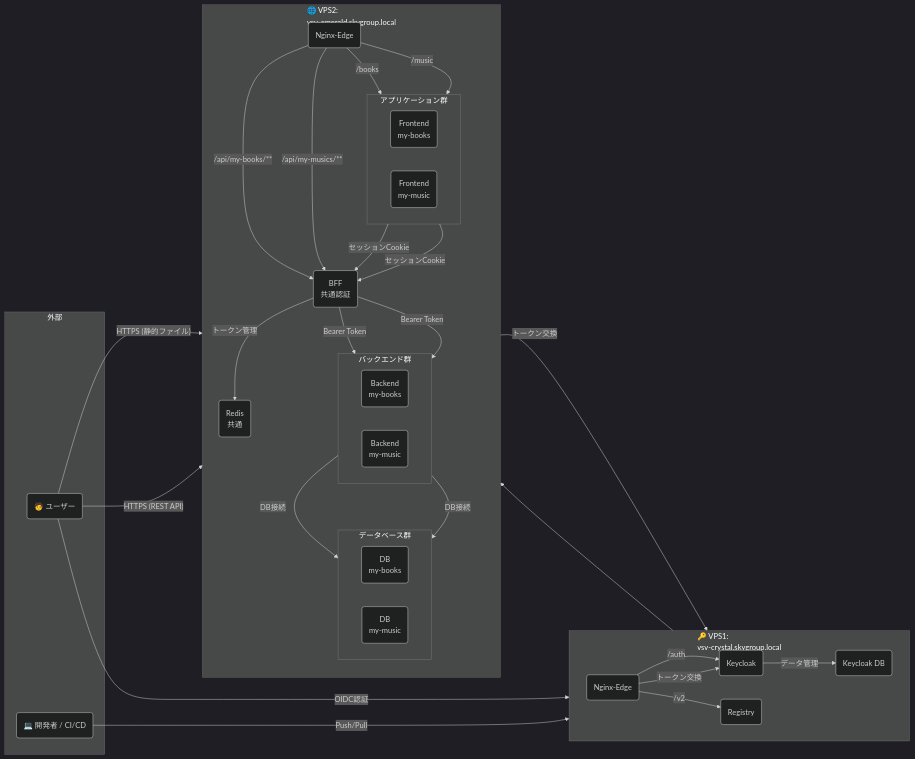
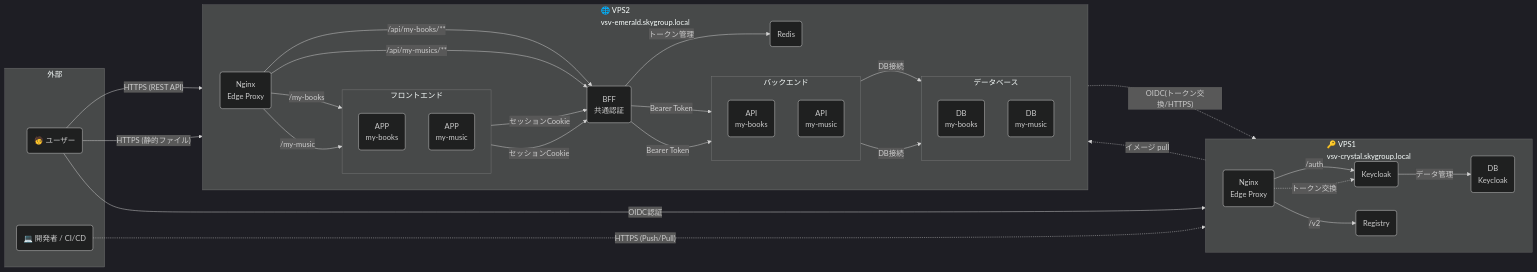
The second of 5 diagrams in system-architecture-overview-vps2.md (Ndia-R/api-gateway-bff), drawn with Mermaid (dark theme) before and after one commit. The commit also changed other lines of this file and 59 other files, not shown here.

First line of the commit message:
feat: Add unit and integration tests for API proxy and authentication services

````diff
--- a/system-architecture-overview-vps2.md
+++ b/system-architecture-overview-vps2.md
@@ -76,79 +81,79 @@
 ```mermaid
 graph LR
     subgraph External [外部]
         User(🧑 ユーザー)
         Developer(💻 開発者 / CI/CD)
     end
 
-    subgraph VPS1 [🔑 VPS1:<br/>vsv-crystal.skygroup.local]
+    subgraph VPS1 [🔑 VPS1<br>vsv-crystal.skygroup.local]
         direction LR
-        Nginx_Crystal_Multi(Nginx-Edge)
-        Keycloak_Multi(Keycloak)
-        Keycloak_DB_Multi(Keycloak DB)
-        Registry_Multi(Registry)
+        Nginx_VPS1(Nginx<br>Edge Proxy)
+        Keycloak(Keycloak)
+        Keycloak_DB(DB<br>Keycloak)
+        Registry(Registry)
     end
 
-    subgraph VPS2 [🌐 VPS2:<br/>vsv-emerald.skygroup.local]
-        direction TB
-        Nginx_Emerald_Multi(Nginx-Edge)
+    subgraph VPS2 [🌐 VPS2<br>vsv-emerald.skygroup.local]
+        direction LR
+        Nginx_VPS2(Nginx<br>Edge Proxy)
 
-        subgraph Apps [アプリケーション群]
-            direction LR
-            Frontend_Books(Frontend<br/>my-books)
-            Frontend_Music(Frontend<br/>my-music)
+        subgraph Apps [フロントエンド]
+            direction TB
+            APP_Books(APP<br>my-books)
+            APP_Music(APP<br>my-music)
         end
 
-        BFF(BFF<br/>共通認証)
-        Redis(Redis<br/>共通)
+        BFF(BFF<br>共通認証)
+        Redis(Redis)
 
-        subgraph Backends [バックエンド群]
-            direction LR
-            Backend_Books(Backend<br/>my-books)
-            Backend_Music(Backend<br/>my-music)
+        subgraph Apis [バックエンド]
+            direction TB
+            API_Books(API<br>my-books)
+            API_Music(API<br>my-music)
         end
 
-        subgraph Databases [データベース群]
-            direction LR
-            DB_Books(DB<br/>my-books)
-            DB_Music(DB<br/>my-music)
+        subgraph Databases [データベース]
+            direction TB
+            DB_Books(DB<br>my-books)
+            DB_Music(DB<br>my-music)
         end
     end
 
     %% ユーザーアクセス (VPS1へ - 認証)
-    User -- OIDC認証 --> Nginx_Crystal_Multi
-    Nginx_Crystal_Multi -- /auth --> Keycloak_Multi
+    User -- OIDC認証 --> Nginx_VPS1
+    Nginx_VPS1 -- /auth --> Keycloak
 
     %% 開発者アクセス (VPS1へ - レジストリ)
-    Developer -- Push/Pull --> Nginx_Crystal_Multi
-    Nginx_Crystal_Multi -- /v2 --> Registry_Multi
+    Developer -. HTTPS (Push/Pull) .-> Nginx_VPS1
+    Nginx_VPS1 -- /v2 --> Registry
+
+    %% ユーザーアクセス (VPS2へ - REST API)
+    User -- HTTPS (REST API) --> Nginx_VPS2
+    Nginx_VPS2 -- /api/my-books/** --> BFF
+    Nginx_VPS2 -- /api/my-musics/** --> BFF
 
     %% ユーザーアクセス (VPS2へ - 静的ファイル)
-    User -- HTTPS (静的ファイル) --> Nginx_Emerald_Multi
-    Nginx_Emerald_Multi -- /books --> Frontend_Books
-    Nginx_Emerald_Multi -- /music --> Frontend_Music
-
-    %% ユーザーアクセス (VPS2へ - REST API)
-    User -- HTTPS (REST API) --> Nginx_Emerald_Multi
-    Nginx_Emerald_Multi -- /api/my-books/** --> BFF
-    Nginx_Emerald_Multi -- /api/my-musics/** --> BFF
+    User -- HTTPS (静的ファイル) --> Nginx_VPS2
+    Nginx_VPS2 -- /my-books --> APP_Books
+    Nginx_VPS2 -- /my-music --> APP_Music
 
     %% 認証フロー (VPS間連携)
-    BFF -- トークン交換 --> Nginx_Crystal_Multi
-    Nginx_Crystal_Multi -- トークン交換 --> Keycloak_Multi
-    Keycloak_Multi -- データ管理 --> Keycloak_DB_Multi
+    BFF -. OIDC(トークン交換/HTTPS) .-> Nginx_VPS1
+    Nginx_VPS1 -. トークン交換 .-> Keycloak
+    Keycloak -- データ管理 --> Keycloak_DB
 
     %% アプリケーション内通信
-    Frontend_Books -- セッションCookie --> BFF
-    Frontend_Music -- セッションCookie --> BFF
+    APP_Books -- セッションCookie --> BFF
+    APP_Music -- セッションCookie --> BFF
 
     BFF -- トークン管理 --> Redis
 
-    BFF -- Bearer Token --> Backend_Books
-    BFF -- Bearer Token --> Backend_Music
+    BFF -- Bearer Token --> API_Books
+    BFF -- Bearer Token --> API_Music
 
-    Backend_Books -- DB接続 --> DB_Books
-    Backend_Music -- DB接続 --> DB_Music
+    API_Books -- DB接続 --> DB_Books
+    API_Music -- DB接続 --> DB_Music
 
-    %% イメージ配布
-    Registry_Multi --> VPS1 & VPS2
+    %% VPS2のコンテナはRegistryからPullされる
+    Registry -. イメージ pull .-> VPS2
 ```
````
